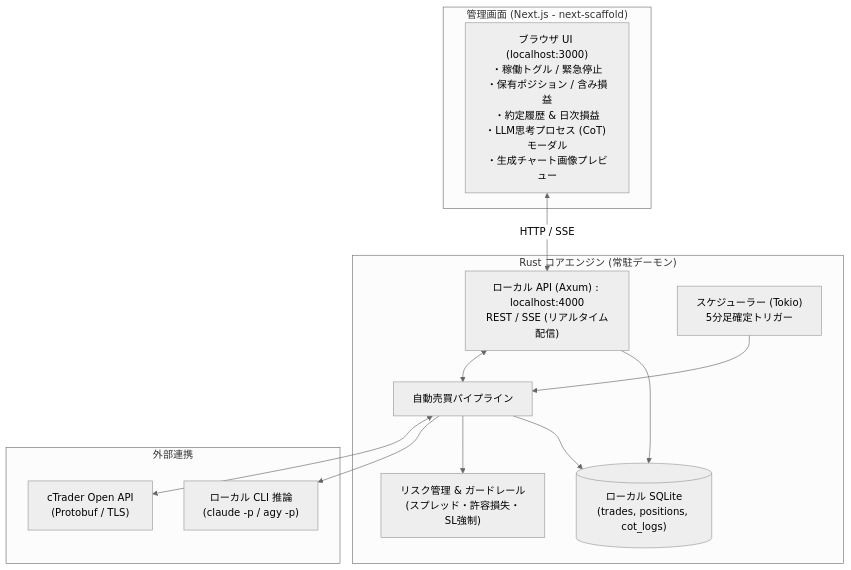
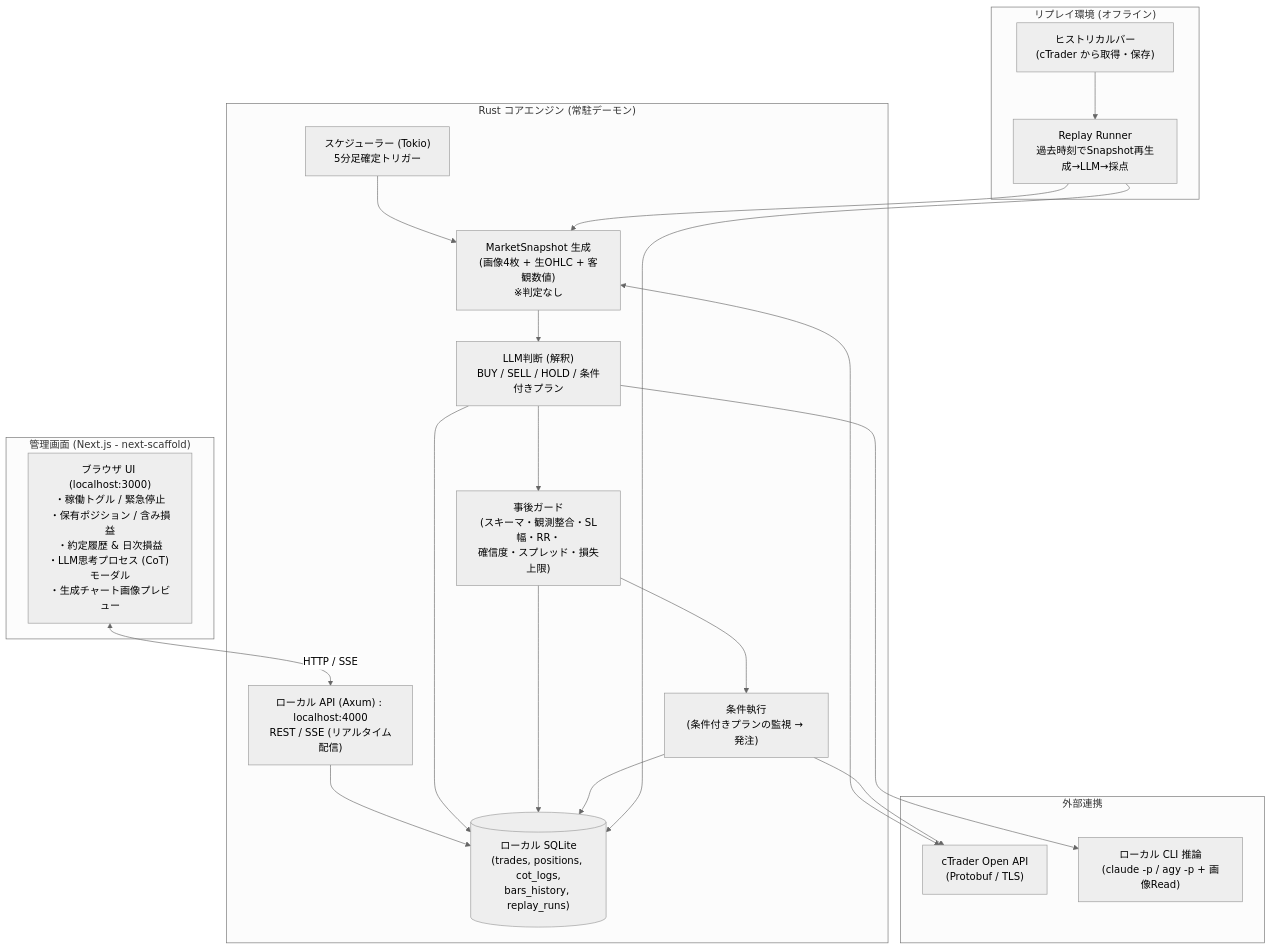
One commit to taiki-nd/ntrade changed the diagram in docs/01_system_architecture.md. Above: the diagram before and after it, drawn with Mermaid (neutral theme). The commit also changed other lines of this file and 5 other files, not shown here.

First line of the commit message:
docs: redesign around facts-only snapshot, post-hoc guards, and replay environment

````diff
--- a/docs/01_system_architecture.md
+++ b/docs/01_system_architecture.md
@@ -8,28 +8,38 @@
 ```mermaid
 flowchart TD
     subgraph Frontend["管理画面 (Next.js - next-scaffold)"]
         UI["ブラウザ UI (localhost:3000)\n・稼働トグル / 緊急停止\n・保有ポジション / 含み損益\n・約定履歴 & 日次損益\n・LLM思考プロセス (CoT) モーダル\n・生成チャート画像プレビュー"]
     end
 
     subgraph Backend["Rust コアエンジン (常駐デーモン)"]
         API["ローカル API (Axum) : localhost:4000\nREST / SSE (リアルタイム配信)"]
         Scheduler["スケジューラー (Tokio)\n5分足確定トリガー"]
-        Engine["自動売買パイプライン"]
-        RiskGuard["リスク管理 & ガードレール\n(スプレッド・許容損失・SL強制)"]
-        DB[("ローカル SQLite\n(trades, positions, cot_logs)")]
+        Snapshot["MarketSnapshot 生成\n(画像4枚 + 生OHLC + 客観数値)\n※判定なし"]
+        Decision["LLM判断 (解釈)\nBUY / SELL / HOLD / 条件付きプラン"]
+        Guard["事後ガード\n(スキーマ・観測整合・SL幅・RR・\n確信度・スプレッド・損失上限)"]
+        Executor["条件執行\n(条件付きプランの監視 → 発注)"]
+        DB[("ローカル SQLite\n(trades, positions, cot_logs,\nbars_history, replay_runs)")]
+    end
+
+    subgraph Replay["リプレイ環境 (オフライン)"]
+        Hist["ヒストリカルバー\n(cTrader から取得・保存)"]
+        Runner["Replay Runner\n過去時刻でSnapshot再生成→LLM→採点"]
     end
 
     subgraph External["外部連携"]
         cTrader["cTrader Open API\n(Protobuf / TLS)"]
-        CLI["ローカル CLI 推論\n(claude -p / agy -p)"]
+        CLI["ローカル CLI 推論\n(claude -p / agy -p + 画像Read)"]
     end
 
     UI <-->|HTTP / SSE| API
-    API <--> Engine
-    Scheduler --> Engine
-    Engine <--> cTrader
-    Engine --> CLI
-    Engine --> RiskGuard
-    Engine --> DB
     API --> DB
+    Scheduler --> Snapshot --> Decision --> Guard --> Executor
+    Snapshot <--> cTrader
+    Decision --> CLI
+    Executor --> cTrader
+    Decision --> DB
+    Guard --> DB
+    Executor --> DB
+    Hist --> Runner --> Snapshot
+    Runner --> DB
 ```
````
